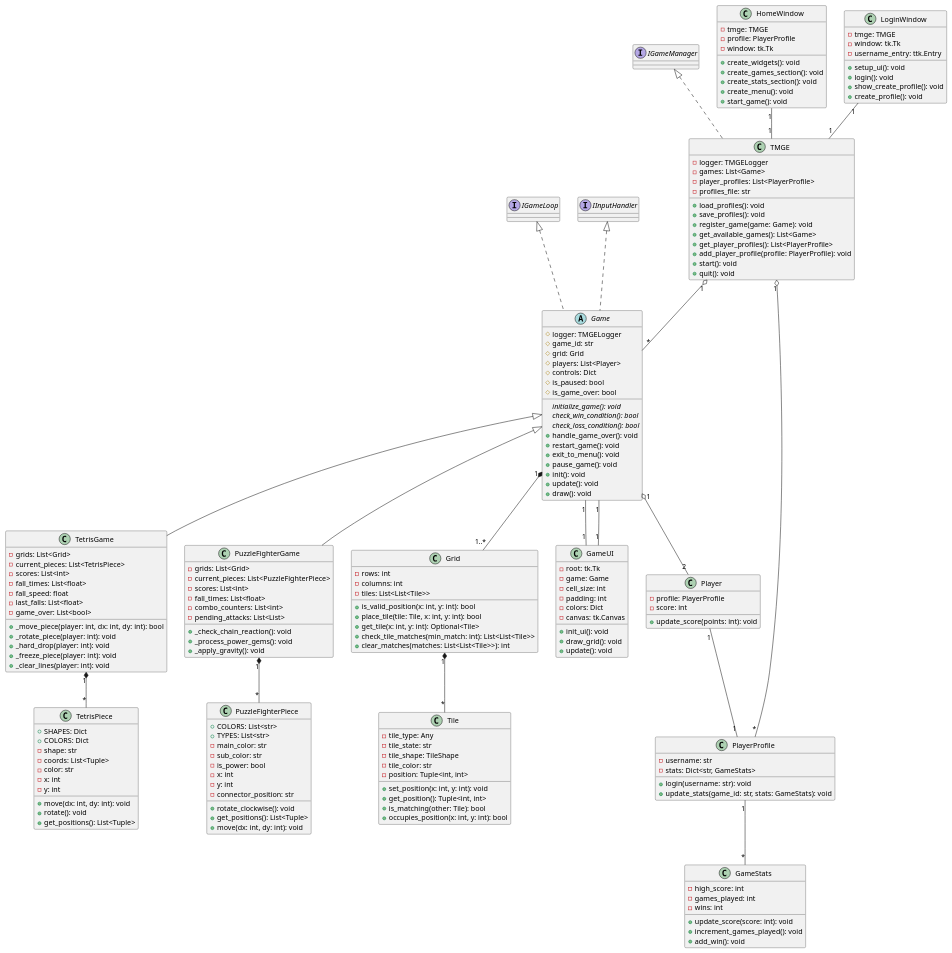
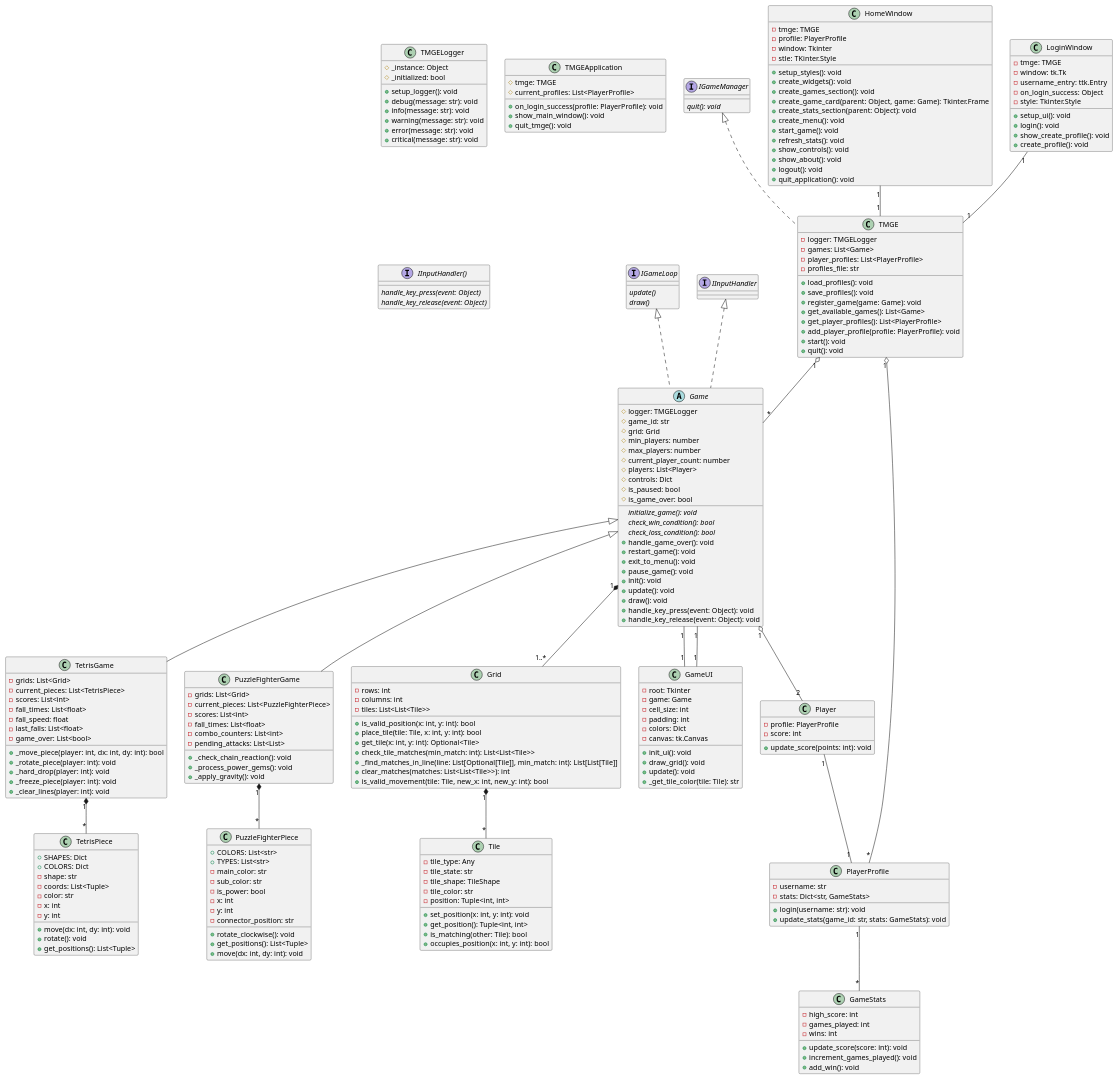
Before and after one commit to mcdipples/2d-Tile-GameDev-Ennvironment: the diagram in uml-final.puml, drawn with PlantUML.

Commit message:
Updataed uml-final with all classes in source code.

```diff
--- a/uml-final.puml
+++ b/uml-final.puml
@@ -15,11 +15,33 @@
     +quit(): void
 }
 
+class TMGELogger {
+    #_instance: Object
+    #_initialized: bool
+    +setup_logger(): void
+    +debug(message: str): void
+    +info(message: str): void
+    +warning(message: str): void
+    +error(message: str): void
+    +critical(message: str): void
+}
+
+class TMGEApplication {
+    #tmge: TMGE
+    #current_profiles: List<PlayerProfile>
+    +on_login_success(profile: PlayerProfile): void
+    +show_main_window(): void
+    +quit_tmge(): void
+}
+
 ' --- Games ---
 abstract class Game implements IGameLoop, IInputHandler {
     #logger: TMGELogger
     #game_id: str
     #grid: Grid
+    #min_players: number
+    #max_players: number
+    #current_player_count: number
     #players: List<Player>
     #controls: Dict
     #is_paused: bool
@@ -34,6 +56,8 @@
     +init(): void
     +update(): void
     +draw(): void
+    +handle_key_press(event: Object): void
+    +handle_key_release(event: Object): void
 }
 
 class TetrisGame extends Game {
@@ -100,7 +124,9 @@
     +place_tile(tile: Tile, x: int, y: int): bool
     +get_tile(x: int, y: int): Optional<Tile>
     +check_tile_matches(min_match: int): List<List<Tile>>
+    +_find_matches_in_line(line: List[Optional[Tile]], min_match: int): List[List[Tile]]
     +clear_matches(matches: List<List<Tile>>): int
+    +is_valid_movement(tile: Tile, new_x: int, new_y: int): bool
 }
 
 class Tile {
@@ -117,7 +143,7 @@
 
 ' --- UI Components ---
 class GameUI {
-    -root: tk.Tk
+    -root: Tkinter
     -game: Game
     -cell_size: int
     -padding: int
@@ -126,23 +152,34 @@
     +init_ui(): void
     +draw_grid(): void
     +update(): void
+    +_get_tile_color(tile: Tile): str
 }
 
 class HomeWindow {
     -tmge: TMGE
     -profile: PlayerProfile
-    -window: tk.Tk
+    -window: Tkinter
+    -stle: TKinter.Style
+    +setup_styles(): void
     +create_widgets(): void
     +create_games_section(): void
-    +create_stats_section(): void
+    +create_game_card(parent: Object, game: Game): Tkinter.Frame
+    +create_stats_section(parent: Object): void
     +create_menu(): void
     +start_game(): void
+    +refresh_stats(): void
+    +show_controls(): void
+    +show_about(): void
+    +logout(): void
+    +quit_application(): void
 }
 
 class LoginWindow {
     -tmge: TMGE
     -window: tk.Tk
     -username_entry: ttk.Entry
+    -on_login_success: Object
+    -style: Tkinter.Style
     +setup_ui(): void
     +login(): void
     +show_create_profile(): void
@@ -171,6 +208,22 @@
     +increment_games_played(): void
     +add_win(): void
 }
+' --- Interfaces ---
+interface IGameManager {
+    {abstract} quit(): void
+}
+
+interface IGameLoop {
+    {abstract} update()
+    {abstract} draw()
+}
+
+interface IInputHandler() {
+    {abstract} handle_key_press(event: Object)
+    {abstract} handle_key_release(event: Object)
+}
+
+
 
 ' --- Relationships ---
 TMGE "1" o-- "*" Game
```
